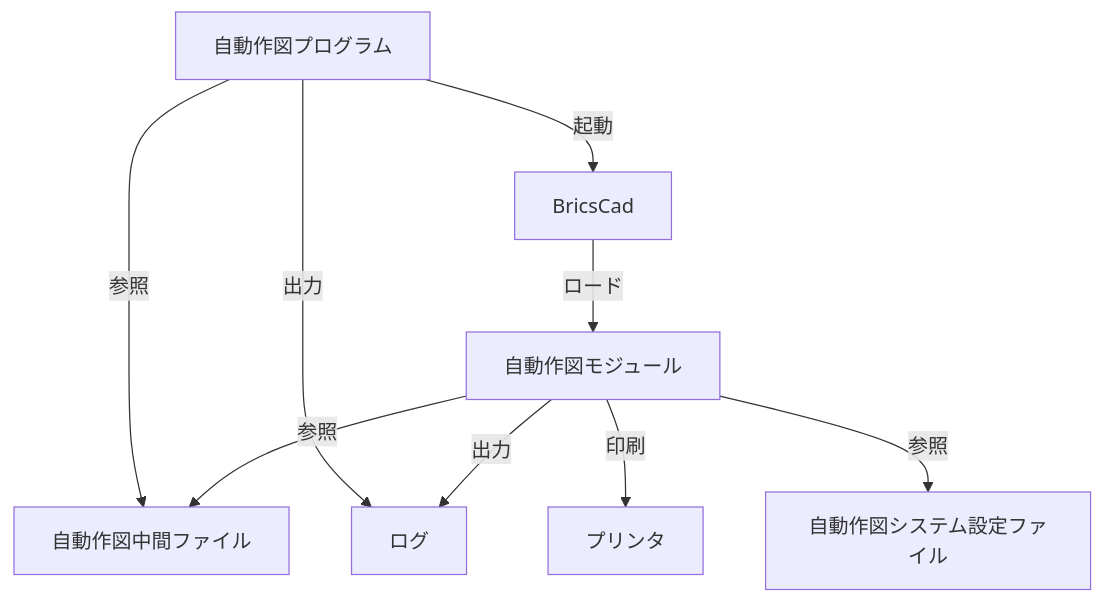
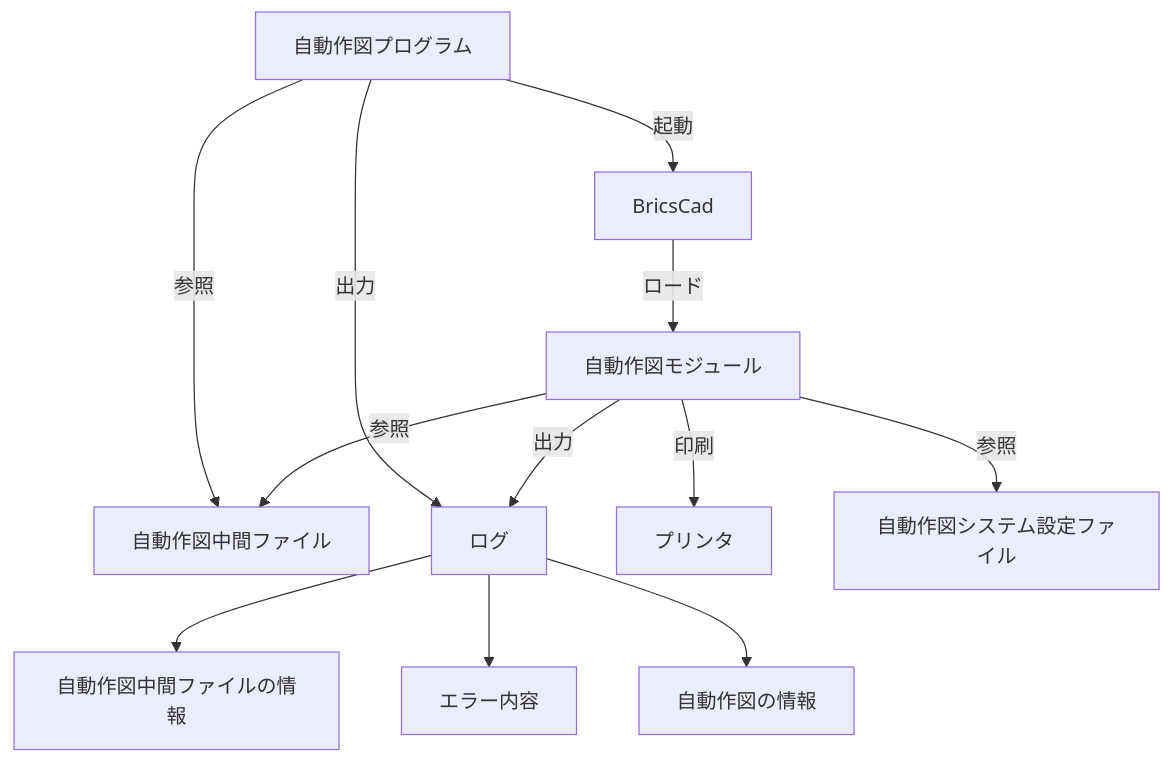
The third of 5 diagrams in BehavioralPatterns/Command/README.md (tungphan94/DesignPattern), drawn with Mermaid before and after one commit. The commit also changed other lines of this file, not shown here.

````diff
--- a/BehavioralPatterns/Command/README.md
+++ b/BehavioralPatterns/Command/README.md
@@ -1,11 +34,14 @@
 ```mermaid
 graph TD;
     自動作図プログラム-->|起動|BricsCad;
     自動作図プログラム-->|参照|自動作図中間ファイル;
     BricsCad-->|ロード|自動作図モジュール;
     自動作図モジュール-->|参照|自動作図中間ファイル;
     自動作図プログラム-->|出力|ログ;
     自動作図モジュール-->|出力|ログ;
     自動作図モジュール --> |印刷|プリンタ;
     自動作図モジュール --> |参照|自動作図システム設定ファイル;
+    ログ --> 自動作図中間ファイルの情報
+    ログ --> エラー内容
+    ログ　--> 自動作図の情報
 ```
````
